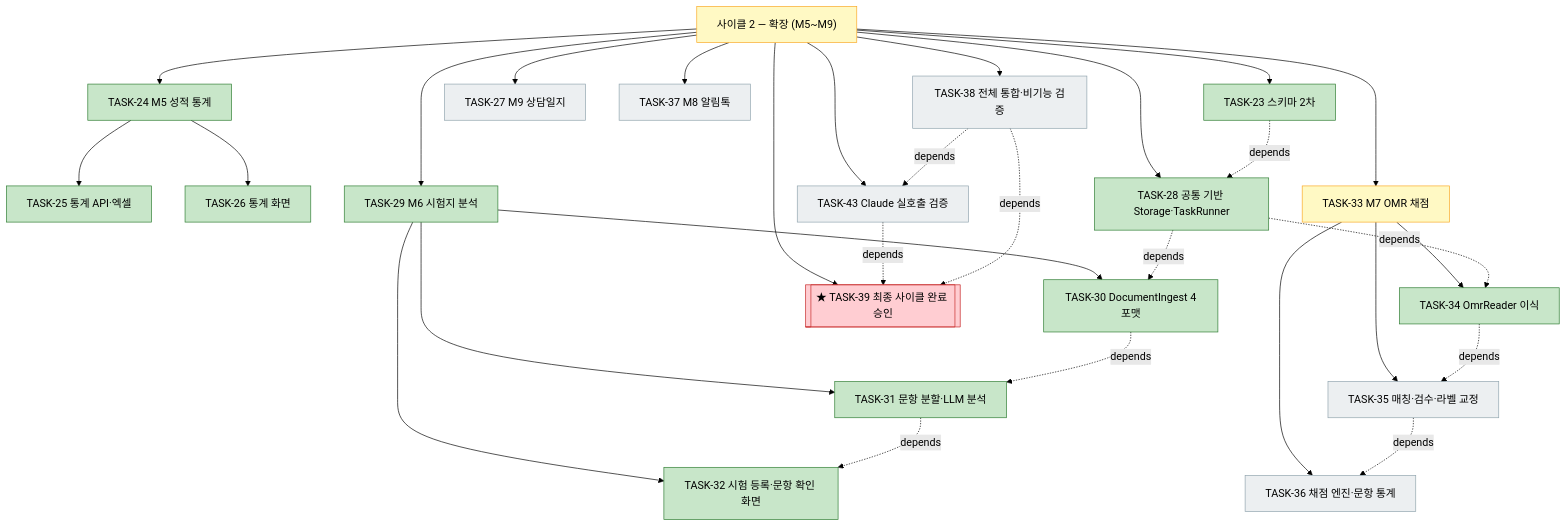
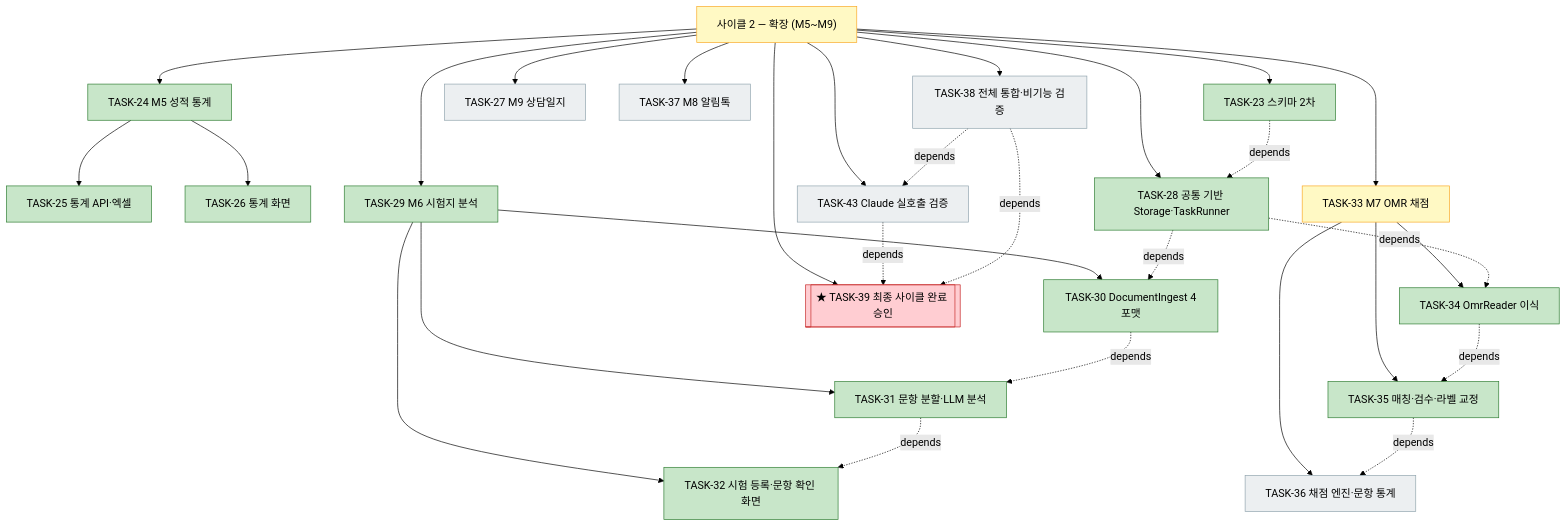
Before and after one commit to bluesky5008/mathdesk: the third of 4 diagrams in docs/plan.md, drawn with Mermaid (forest theme). The commit also changed other lines of this file and 11 other files, not shown here.

````diff
--- a/docs/plan.md
+++ b/docs/plan.md
@@ -184,36 +184,36 @@
 ```mermaid
 flowchart TD
     C2["사이클 2 — 확장 (M5~M9)"]:::active
     C2 --> T23["TASK-23 스키마 2차"]:::done
     C2 --> T24["TASK-24 M5 성적 통계"]:::done
     T24 --> T25["TASK-25 통계 API·엑셀"]:::done
     T24 --> T26["TASK-26 통계 화면"]:::done
     C2 --> T27["TASK-27 M9 상담일지"]:::todo
     C2 --> T28["TASK-28 공통 기반 Storage·TaskRunner"]:::done
     C2 --> T29["TASK-29 M6 시험지 분석"]:::done
     T29 --> T30["TASK-30 DocumentIngest 4포맷"]:::done
     T29 --> T31["TASK-31 문항 분할·LLM 분석"]:::done
     T29 --> T32["TASK-32 시험 등록·문항 확인 화면"]:::done
     C2 --> T33["TASK-33 M7 OMR 채점"]:::active
     T33 --> T34["TASK-34 OmrReader 이식"]:::done
-    T33 --> T35["TASK-35 매칭·검수·라벨 교정"]:::todo
+    T33 --> T35["TASK-35 매칭·검수·라벨 교정"]:::done
     T33 --> T36["TASK-36 채점 엔진·문항 통계"]:::todo
     C2 --> T37["TASK-37 M8 알림톡"]:::todo
     C2 --> T38["TASK-38 전체 통합·비기능 검증"]:::todo
     C2 --> T43["TASK-43 Claude 실호출 검증"]:::todo
     C2 --> T39[["★ TASK-39 최종 사이클 완료 승인"]]:::gate
     T23 -. depends .-> T28
     T28 -. depends .-> T30
     T30 -. depends .-> T31
     T31 -. depends .-> T32
     T28 -. depends .-> T34
     T34 -. depends .-> T35
     T35 -. depends .-> T36
     T38 -. depends .-> T43
     T43 -. depends .-> T39
     T38 -. depends .-> T39
     classDef done fill:#c8e6c9,stroke:#2e7d32
     classDef active fill:#fff9c4,stroke:#f9a825
     classDef todo fill:#eceff1,stroke:#90a4ae
     classDef gate fill:#ffcdd2,stroke:#c62828
 ```
````
